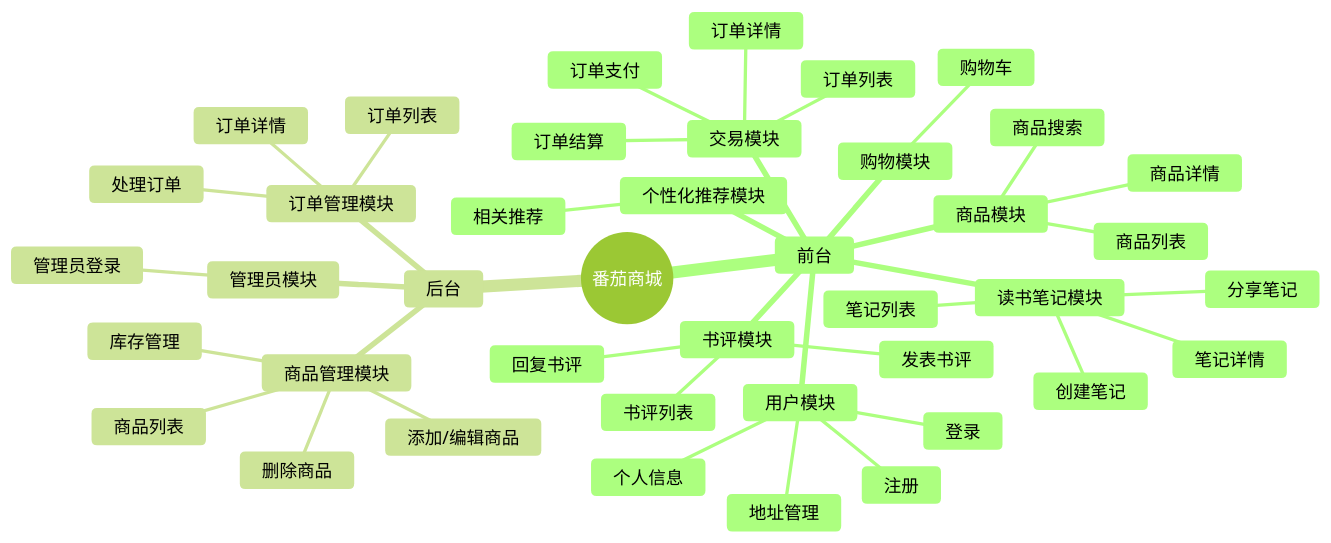
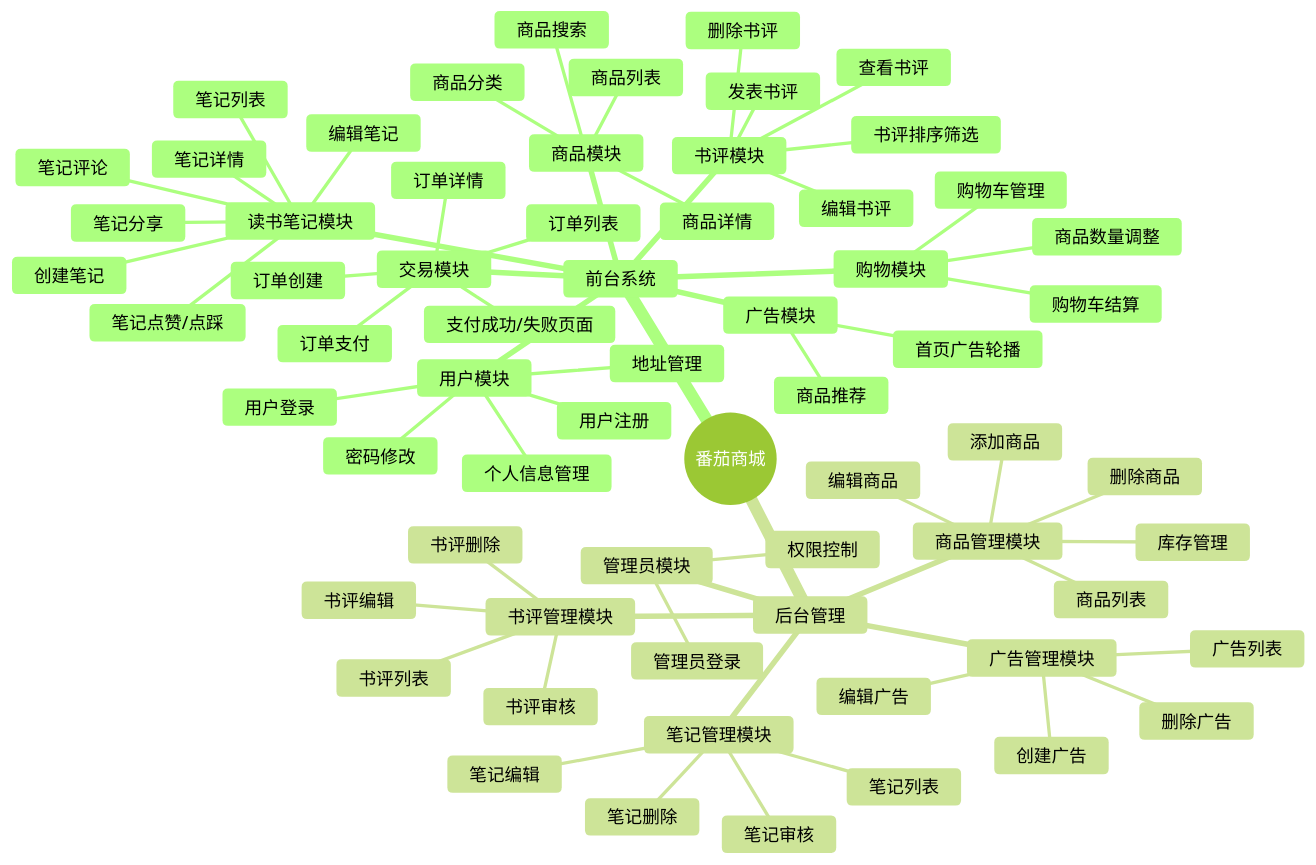
One commit to pilgrimlyieu/Tomato-Bookstore changed the third of 7 diagrams in docs/lab/hci-design.md. Above: the diagram before and after it, drawn with Mermaid (forest theme). The commit also changed other lines of this file and 15 other files, not shown here.

````diff
--- a/docs/lab/hci-design.md
+++ b/docs/lab/hci-design.md
@@ -165,44 +165,68 @@
 ```mermaid
 mindmap
   root((番茄商城))
-    前台
+    前台系统
         用户模块
-            登录
-            注册
-            个人信息
+            用户注册
+            用户登录
+            个人信息管理
             地址管理
+            密码修改
         商品模块
             商品列表
             商品详情
             商品搜索
+            商品分类
         购物模块
-            购物车
+            购物车管理
+            商品数量调整
+            购物车结算
         交易模块
-            订单结算
+            订单创建
             订单支付
             订单列表
             订单详情
+            支付成功/失败页面
         书评模块
-            书评列表
+            查看书评
             发表书评
-            回复书评
+            编辑书评
+            删除书评
+            书评排序筛选
         读书笔记模块
             笔记列表
             创建笔记
+            编辑笔记
             笔记详情
-            分享笔记
-        个性化推荐模块
-            相关推荐
-    后台
+            笔记评论
+            笔记点赞/点踩
+            笔记分享
+        广告模块
+            首页广告轮播
+            商品推荐
+    后台管理
         管理员模块
             管理员登录
+            权限控制
         商品管理模块
             商品列表
-            添加/编辑商品
+            添加商品
+            编辑商品
+            删除商品
             库存管理
-            删除商品
-        订单管理模块
-            订单列表
-            订单详情
-            处理订单
+        广告管理模块
+            广告列表
+            创建广告
+            编辑广告
+            删除广告
+        书评管理模块
+            书评列表
+            书评审核
+            书评编辑
+            书评删除
+        笔记管理模块
+            笔记列表
+            笔记审核
+            笔记编辑
+            笔记删除
 ```
````
